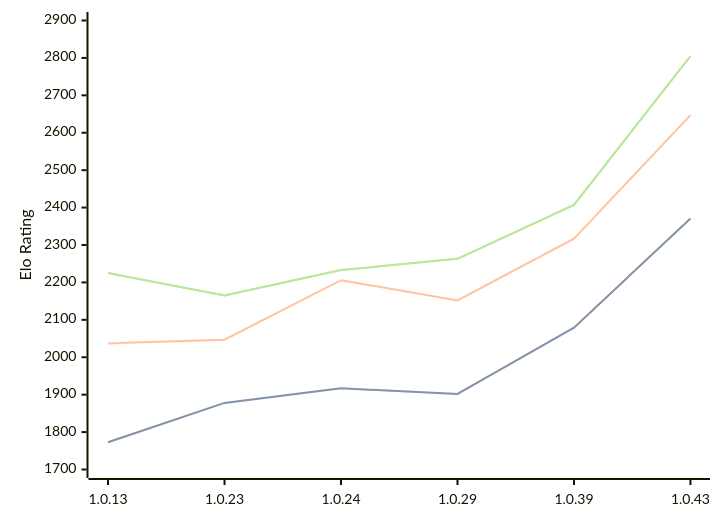
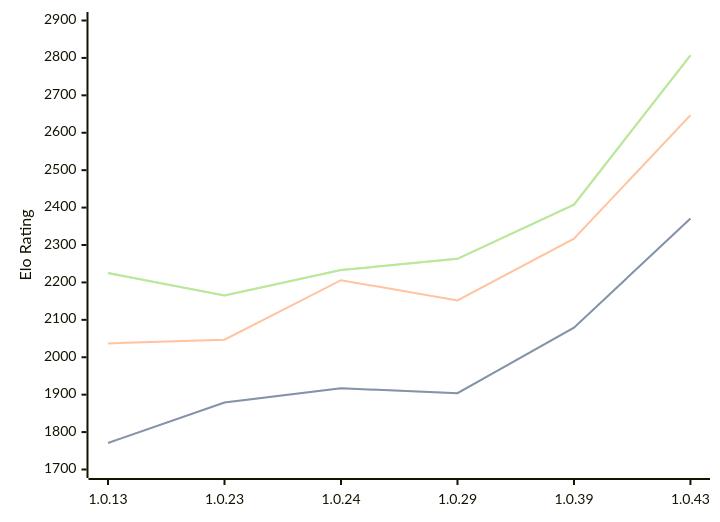
Before and after one commit to computer-chess-index/cci: the diagram in engines/RustyRival.md, drawn with Mermaid. The commit also changed other lines of this file, not shown here.

Commit message:
Update CCI Ratings (ELO VLTC) - 2026-05-22

````diff
--- a/engines/RustyRival.md
+++ b/engines/RustyRival.md
@@ -68,11 +68,11 @@
 ```mermaid
 %%{init: {"theme":"base","themeVariables":{"seriesColors:['#a3a3a3','#222221','#faa371']}}}%%
 xychart-beta
   x-axis ["1.0.13", "1.0.23", "1.0.24", "1.0.29", "1.0.39", "1.0.43"]
   y-axis "Elo Rating" 1700 --> 2900
-  line "STC (8.0+0.08s)" [1773, 1878, 1917, 1902, 2079, 2371]
-  line "STC (8.0+0.08s)" [1773, 1878, 1917, 1902, 2079, 2371]
+  line "STC (8.0+0.08s)" [1771, 1879, 1917, 1904, 2079, 2371]
+  line "STC (8.0+0.08s)" [1771, 1879, 1917, 1904, 2079, 2371]
   line "LTC (60.0+0.60s)" [2037, 2047, 2206, 2152, 2317, 2647]
-  line "VLTC (2m24s+1.12s)" [2225, 2165, 2233, 2263, 2407, 2805]
-  line "VLTC (2m24s+1.12s)" [2225, 2165, 2233, 2263, 2407, 2805]
+  line "VLTC (2m24s+1.12s)" [2225, 2165, 2233, 2263, 2408, 2807]
+  line "VLTC (2m24s+1.12s)" [2225, 2165, 2233, 2263, 2408, 2807]
 ```
````
